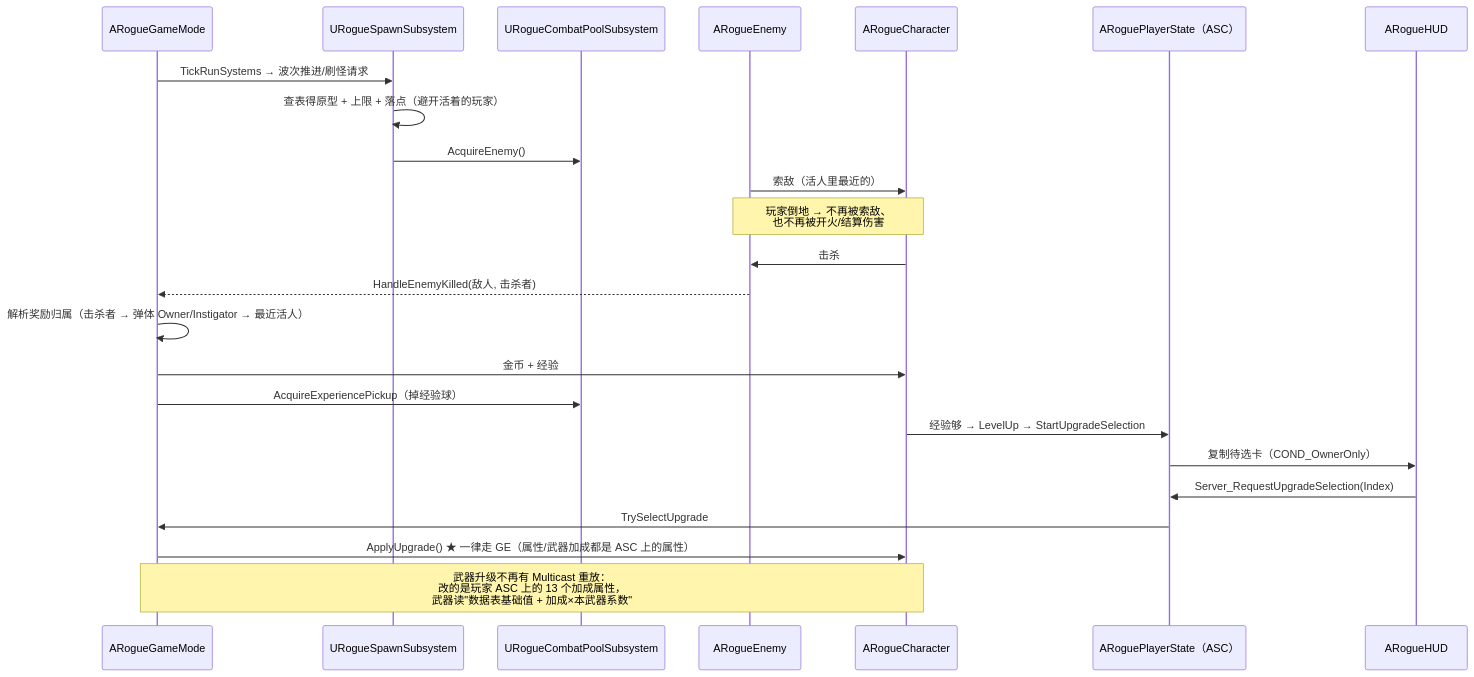
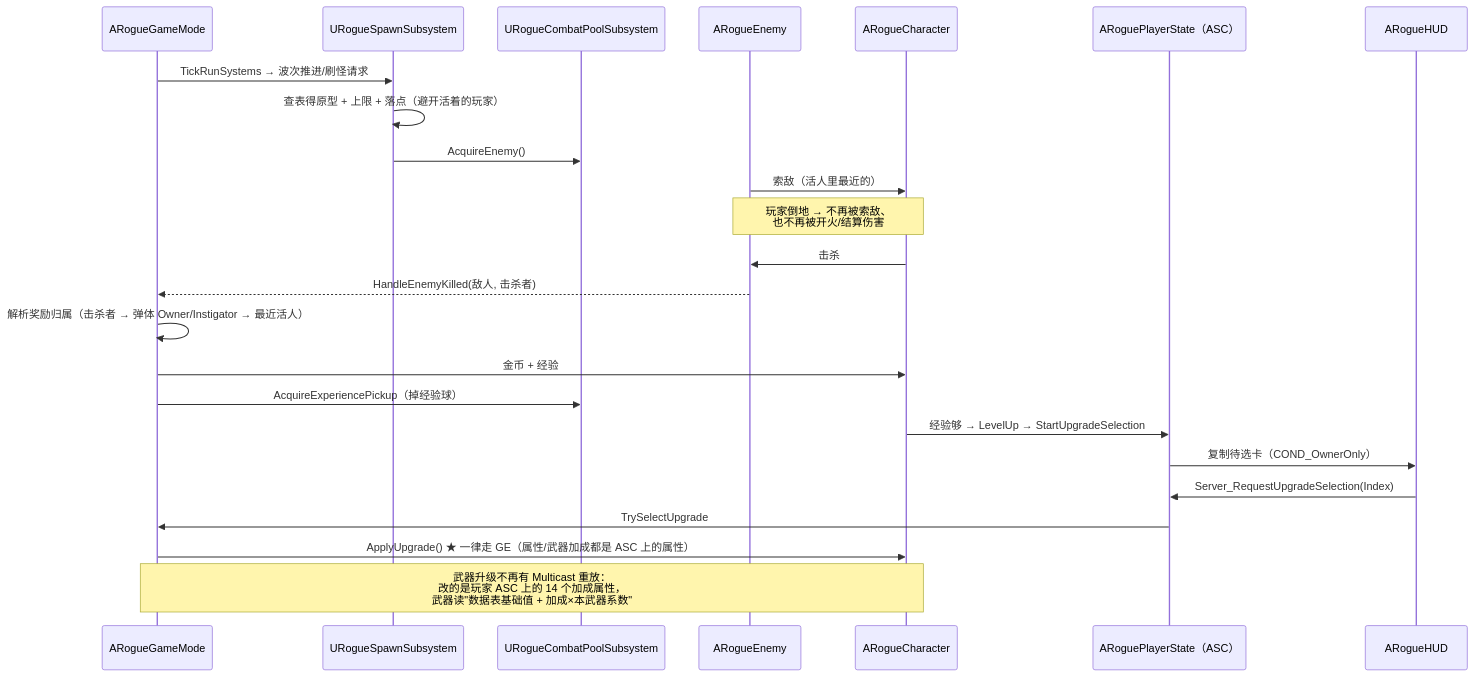
One commit to Elysiasloverly/AI- changed the sixth of 6 diagrams in Docs/Project-Structure.md. Above: the diagram before and after it, drawn with Mermaid. The commit also changed other lines of this file and 189 other files, not shown here.

First line of the commit message:
feat(enemies,ui): 敌人远程变体与弹体蓝图、HUD 生命值组件化

````diff
--- a/Docs/Project-Structure.md
+++ b/Docs/Project-Structure.md
@@ -298,27 +302,27 @@
 ```mermaid
 sequenceDiagram
     participant GM as ARogueGameMode
     participant SP as URogueSpawnSubsystem
     participant Pool as URogueCombatPoolSubsystem
     participant E as ARogueEnemy
     participant C as ARogueCharacter
     participant PS as ARoguePlayerState（ASC）
     participant HUD as ARogueHUD
 
     GM->>SP: TickRunSystems → 波次推进/刷怪请求
     SP->>SP: 查表得原型 + 上限 + 落点（避开活着的玩家）
     SP->>Pool: AcquireEnemy()
     E->>C: 索敌（活人里最近的）
     Note over E,C: 玩家倒地 → 不再被索敌、<br/>也不再被开火/结算伤害
     C->>E: 击杀
     E-->>GM: HandleEnemyKilled(敌人, 击杀者)
     GM->>GM: 解析奖励归属（击杀者 → 弹体 Owner/Instigator → 最近活人）
     GM->>C: 金币 + 经验
     GM->>Pool: AcquireExperiencePickup（掉经验球）
     C->>PS: 经验够 → LevelUp → StartUpgradeSelection
     PS->>HUD: 复制待选卡（COND_OwnerOnly）
     HUD->>PS: Server_RequestUpgradeSelection(Index)
     PS->>GM: TrySelectUpgrade
     GM->>C: ApplyUpgrade()  ★ 一律走 GE（属性/武器加成都是 ASC 上的属性）
-    Note over GM,C: 武器升级不再有 Multicast 重放：<br/>改的是玩家 ASC 上的 13 个加成属性，<br/>武器读"数据表基础值 + 加成×本武器系数"
+    Note over GM,C: 武器升级不再有 Multicast 重放：<br/>改的是玩家 ASC 上的 14 个加成属性，<br/>武器读"数据表基础值 + 加成×本武器系数"
 ```
````
